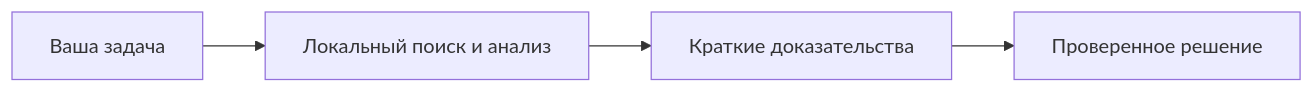
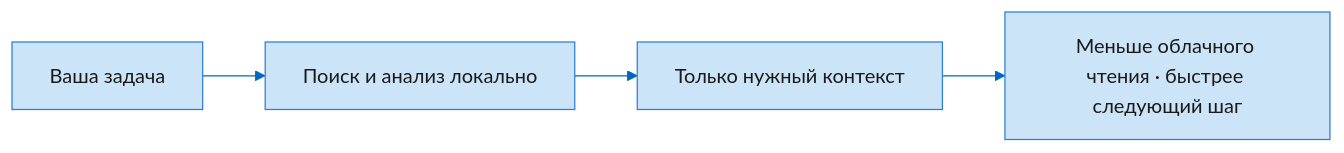
One commit to MrAliev/local-ai-toolkit changed the diagram in docs/wiki/Home.ru.md. Above: the diagram before and after it, drawn with Mermaid. The commit also changed other lines of this file and 18 other files, not shown here.

````diff
--- a/docs/wiki/Home.ru.md
+++ b/docs/wiki/Home.ru.md
@@ -13,6 +17,17 @@
 ```mermaid
+---
+config:
+  theme: base
+  themeVariables:
+    primaryColor: "#CCE4F7"
+    primaryTextColor: "#1A1A1A"
+    primaryBorderColor: "#2D7FD3"
+    lineColor: "#0067C0"
+    secondaryColor: "#FAFAFA"
+    tertiaryColor: "#F3F3F3"
+---
 flowchart LR
-  intent["Ваша задача"] --> context["Локальный поиск и анализ"]
-  context --> evidence["Краткие доказательства"]
-  evidence --> decision["Проверенное решение"]
+  intent["Ваша задача"] --> context["Поиск и анализ локально"]
+  context --> evidence["Только нужный контекст"]
+  evidence --> decision["Меньше облачного чтения · быстрее следующий шаг"]
 ```
````
